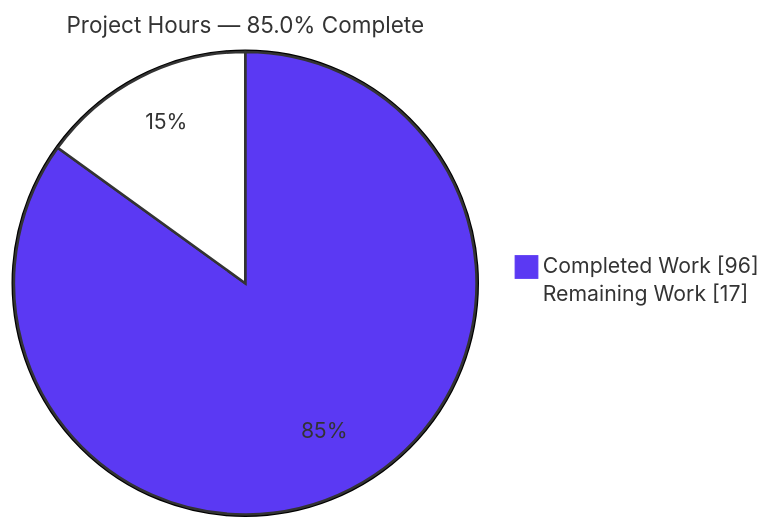
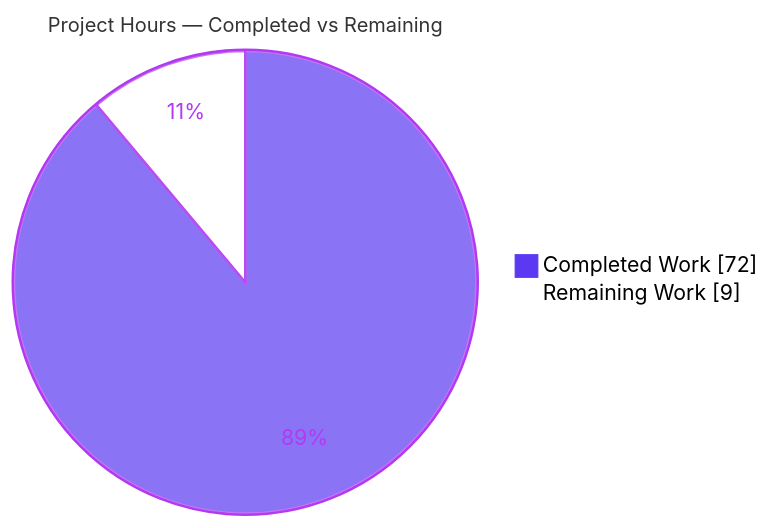
One commit to Blitzy-Sandbox/blitzy-cal changed the second of 3 diagrams in blitzy/documentation/Project Guide.md. Above: the diagram before and after it, drawn with Mermaid. The commit also changed other lines of this file, not shown here.

Commit message:
Adding Blitzy Project Guide: Project Status and Human Tasks Remaining

````diff
--- a/blitzy/documentation/Project Guide.md
+++ b/blitzy/documentation/Project Guide.md
@@ -201,6 +207,6 @@
 ```mermaid
-%%{init: {'theme':'base','themeVariables':{'pie1':'#5B39F3','pie2':'#FFFFFF','pieStrokeColor':'#333333','pieStrokeWidth':'2px','pieOuterStrokeWidth':'2px','pieTitleTextSize':'18px','pieSectionTextColor':'#333333','pieLegendTextColor':'#333333','pieOpacity':'1'}}}%%
-pie showData title Project Hours — 85.0% Complete
-    "Completed Work" : 96
-    "Remaining Work" : 17
+%%{init: {'theme':'base','themeVariables':{'pie1':'#5B39F3','pie2':'#FFFFFF','pieStrokeColor':'#B23AF2','pieStrokeWidth':'2px','pieOuterStrokeColor':'#B23AF2','pieOuterStrokeWidth':'2px','pieSectionTextColor':'#B23AF2','pieLegendTextColor':'#000000','pieTitleTextSize':'16px'}}}%%
+pie showData title Project Hours — Completed vs Remaining
+    "Completed Work" : 72
+    "Remaining Work" : 9
 ```
````
